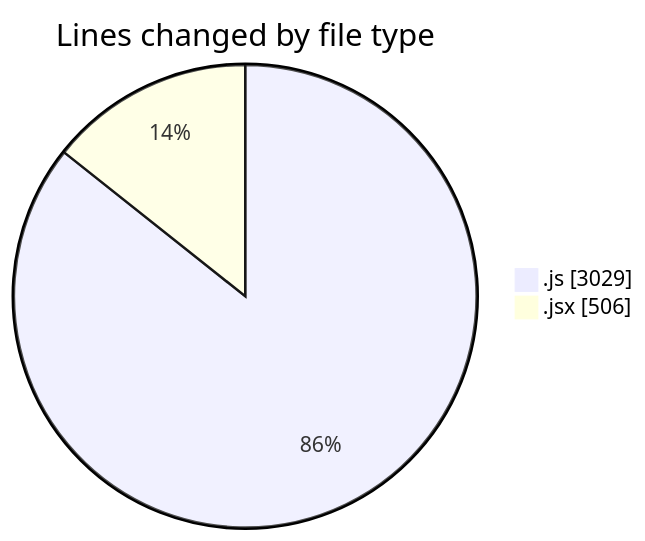
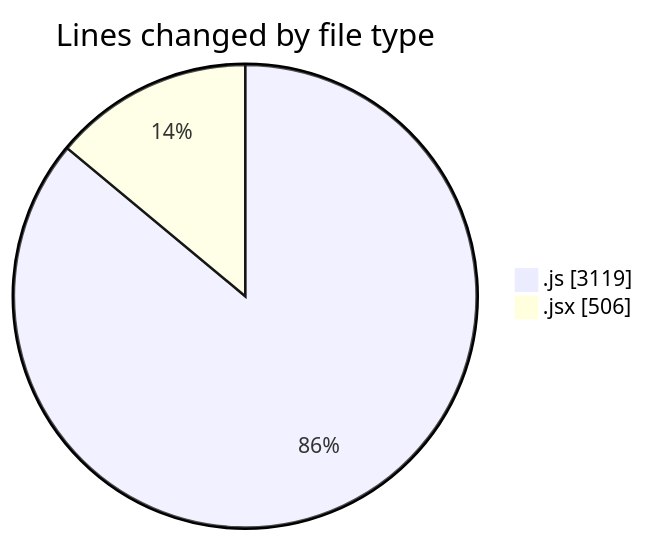
One commit to nxtqubesakshisongat/code-tracking changed the first of 2 diagrams in 2025-07-27/nxtqube_webapp/README.md. Above: the diagram before and after it, drawn with Mermaid. The commit also changed other lines of this file and 1 other file, not shown here.

````diff
--- a/2025-07-27/nxtqube_webapp/README.md
+++ b/2025-07-27/nxtqube_webapp/README.md
@@ -27,6 +27,6 @@
 ```mermaid
 pie showData
 title Lines changed by file type
-".js" : 3029
+".js" : 3119
 ".jsx" : 506
 ```
````
